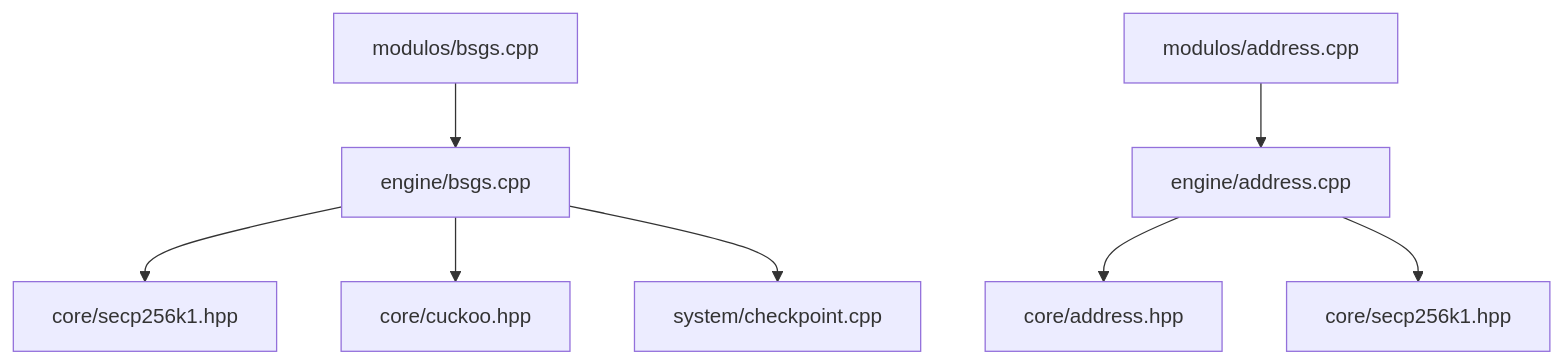
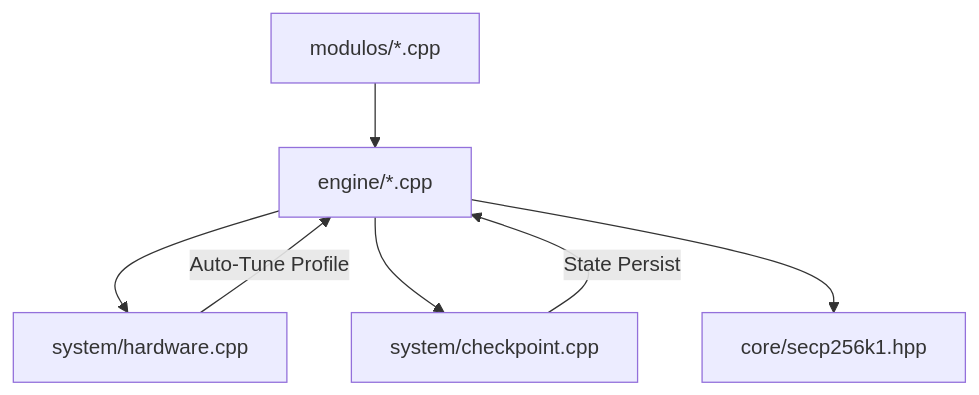
One commit to carlosatec/Bchaves changed the diagram in doc/architecture.md. Above: the diagram before and after it, drawn with Mermaid. The commit also changed other lines of this file and 10 other files, not shown here.

First line of the commit message:
feat(system): integrar Auto-Tune (-A) e atualizar documentação técnica

````diff
--- a/doc/architecture.md
+++ b/doc/architecture.md
@@ -38,11 +38,10 @@
 ```mermaid
 graph TD
-    M[modulos/bsgs.cpp] --> E[engine/bsgs.cpp]
+    M[modulos/*.cpp] --> E[engine/*.cpp]
+    E --> H[system/hardware.cpp]
+    E --> CK[system/checkpoint.cpp]
     E --> C[core/secp256k1.hpp]
-    E --> CF[core/cuckoo.hpp]
-    E --> S[system/checkpoint.cpp]
     
-    A[modulos/address.cpp] --> EA[engine/address.cpp]
-    EA --> CA[core/address.hpp]
-    EA --> CM[core/secp256k1.hpp]
+    H -- "Auto-Tune Profile" --> E
+    CK -- "State Persist" --> E
 ```
````
